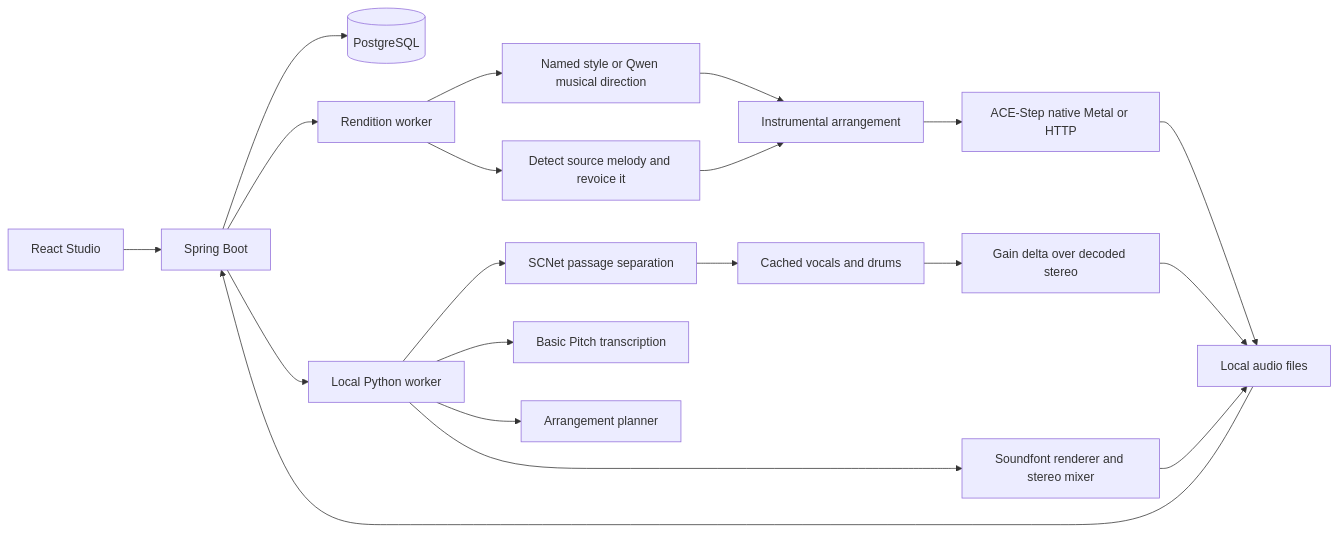
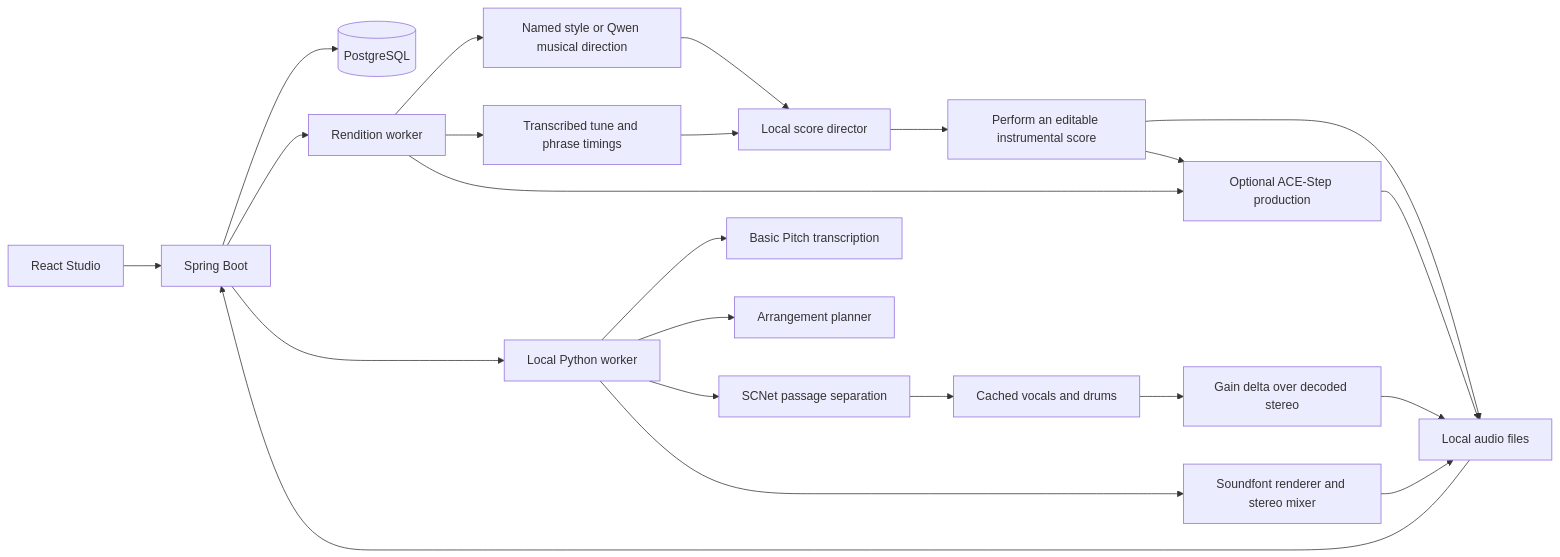
The diagram in guide/architecture.md (ogngnaoh/djound), drawn with Mermaid before and after one commit. The commit also changed other lines of this file and 17 other files, not shown here.

````diff
--- a/guide/architecture.md
+++ b/guide/architecture.md
@@ -5,22 +5,25 @@
 ```mermaid
 flowchart LR
     Studio[React Studio] --> API[Spring Boot]
     API --> DB[(PostgreSQL)]
     API --> Rendition[Rendition worker]
     Rendition --> Caption[Named style or Qwen musical direction]
-    Caption --> Arrangement[Instrumental arrangement]
-    Rendition --> Guide[Detect source melody and revoice it]
-    Guide --> Arrangement
-    Arrangement --> ACE[ACE-Step native Metal or HTTP]
-    ACE --> Media[Local audio files]
+    Caption --> Director[Local score director]
+    Rendition --> Tune[Transcribed tune and phrase timings]
+    Tune --> Director
+    Director --> Score[Perform an editable instrumental score]
+    Score --> Media[Local audio files]
+    Score --> ACE[Optional ACE-Step production]
+    Rendition --> ACE
+    ACE --> Media
     API --> Worker[Local Python worker]
     Worker --> SCNet[SCNet passage separation]
     SCNet --> Estimates[Cached vocals and drums]
     Estimates --> Delta[Gain delta over decoded stereo]
     Delta --> Media
     Worker --> Notes[Basic Pitch transcription]
     Worker --> Plan[Arrangement planner]
     Worker --> Render[Soundfont renderer and stereo mixer]
     Render --> Media
     Media --> API
 ```
````
